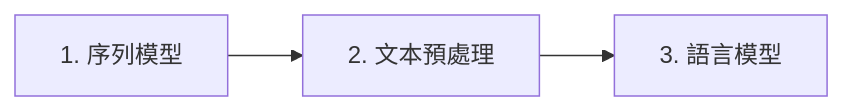
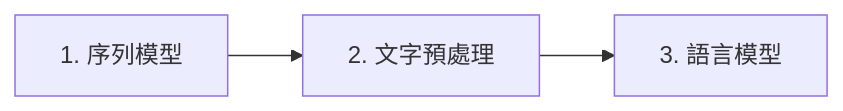
The first of 3 diagrams in 1.從AI到LLM基礎/4.DL/00.DL_Path/8_循環神經網路/README.md (markl-a/My-AI-Learning-Notes), drawn with Mermaid before and after one commit. The commit also changed other lines of this file and 273 other files, not shown here.

````diff
--- a/1.從AI到LLM基礎/4.DL/00.DL_Path/8_循環神經網路/README.md
+++ b/1.從AI到LLM基礎/4.DL/00.DL_Path/8_循環神經網路/README.md
@@ -54,5 +54,5 @@
 ```mermaid
 graph LR
-    A[1. 序列模型] --> B[2. 文本預處理]
+    A[1. 序列模型] --> B[2. 文字預處理]
     B --> C[3. 語言模型]
 ```
````
